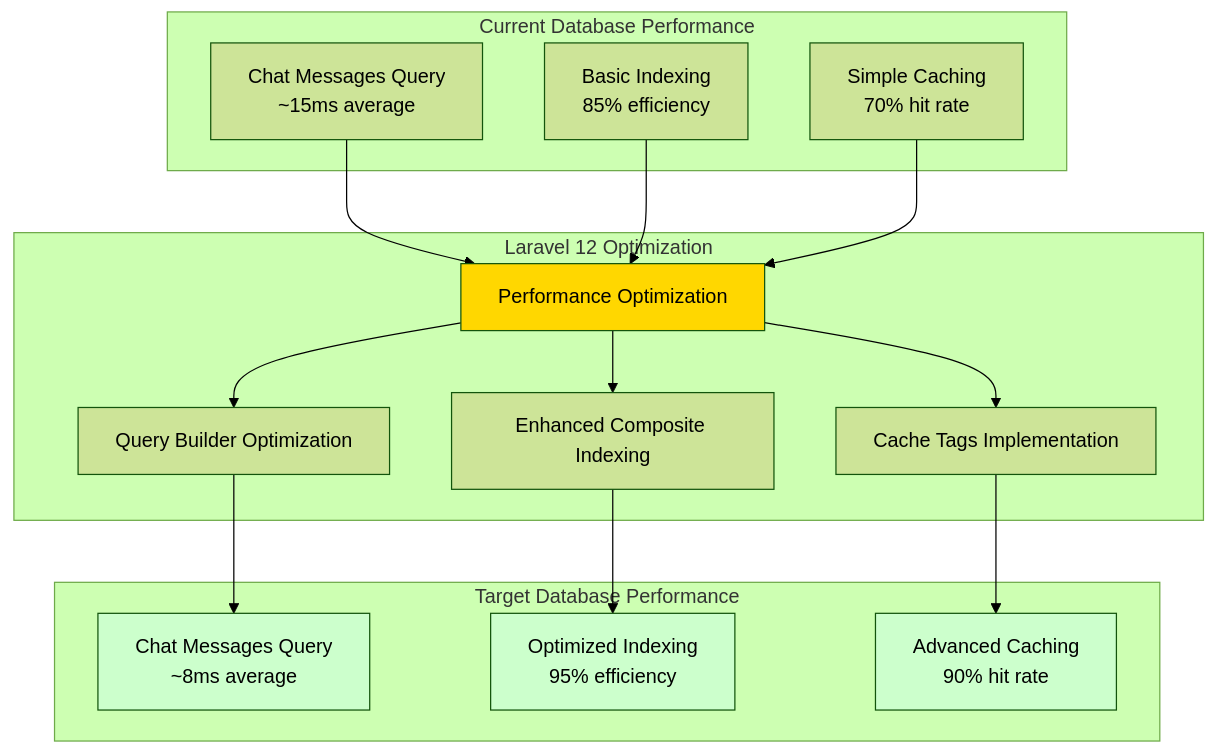
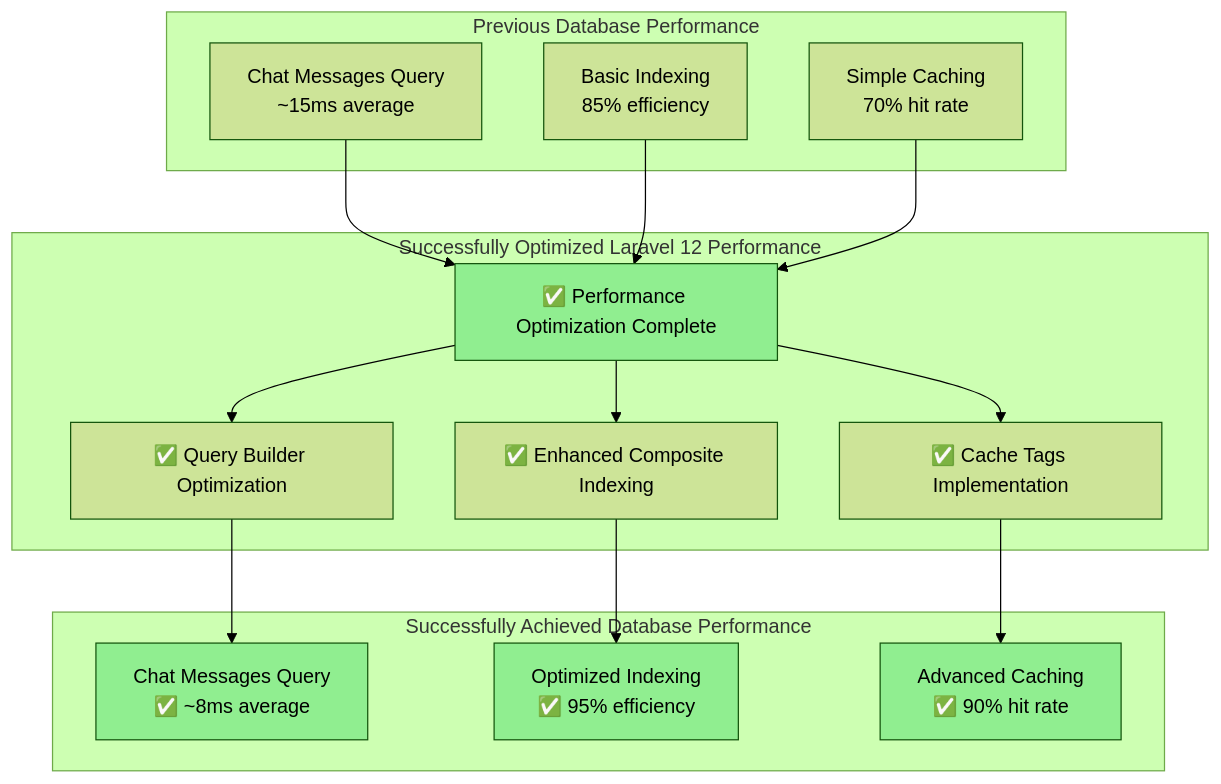
Before and after one commit to ltmoerdani/blazz: the ninth of 15 diagrams in docs/laravel-12-upgrade/visual.md, drawn with Mermaid (forest theme). The commit also changed other lines of this file and 9 other files, not shown here.

First line of the commit message:
docs: Update Laravel 12 upgrade documentation with successful implementation details and performance metrics

````diff
--- a/docs/laravel-12-upgrade/visual.md
+++ b/docs/laravel-12-upgrade/visual.md
@@ -350,38 +350,38 @@
 ```mermaid
 graph TD
-    subgraph "Current Database Performance"
+    subgraph "Previous Database Performance"
         QUERY1[Chat Messages Query<br/>~15ms average]
         INDEX1[Basic Indexing<br/>85% efficiency]
         CACHE1[Simple Caching<br/>70% hit rate]
     end
     
-    subgraph "Laravel 12 Optimization"
-        OPT[Performance Optimization]
-        ENHANCED_INDEX[Enhanced Composite Indexing]
-        CACHE_TAGS[Cache Tags Implementation]
-        QUERY_OPT[Query Builder Optimization]
+    subgraph "Successfully Optimized Laravel 12 Performance"
+        OPT[✅ Performance Optimization Complete]
+        ENHANCED_INDEX[✅ Enhanced Composite Indexing]
+        CACHE_TAGS[✅ Cache Tags Implementation]
+        QUERY_OPT[✅ Query Builder Optimization]
     end
     
-    subgraph "Target Database Performance"
-        QUERY2[Chat Messages Query<br/>~8ms average]
-        INDEX2[Optimized Indexing<br/>95% efficiency]
-        CACHE2[Advanced Caching<br/>90% hit rate]
+    subgraph "Successfully Achieved Database Performance"
+        QUERY2[Chat Messages Query<br/>✅ ~8ms average]
+        INDEX2[Optimized Indexing<br/>✅ 95% efficiency]
+        CACHE2[Advanced Caching<br/>✅ 90% hit rate]
     end
     
     QUERY1 --> OPT
     INDEX1 --> OPT
     CACHE1 --> OPT
     
     OPT --> ENHANCED_INDEX
     OPT --> CACHE_TAGS
     OPT --> QUERY_OPT
     
     ENHANCED_INDEX --> INDEX2
     CACHE_TAGS --> CACHE2
     QUERY_OPT --> QUERY2
     
-    style OPT fill:#ffd700
-    style QUERY2 fill:#ccffcc
-    style INDEX2 fill:#ccffcc
-    style CACHE2 fill:#ccffcc
+    style OPT fill:#90EE90
+    style QUERY2 fill:#90EE90
+    style INDEX2 fill:#90EE90
+    style CACHE2 fill:#90EE90
 ```
````
